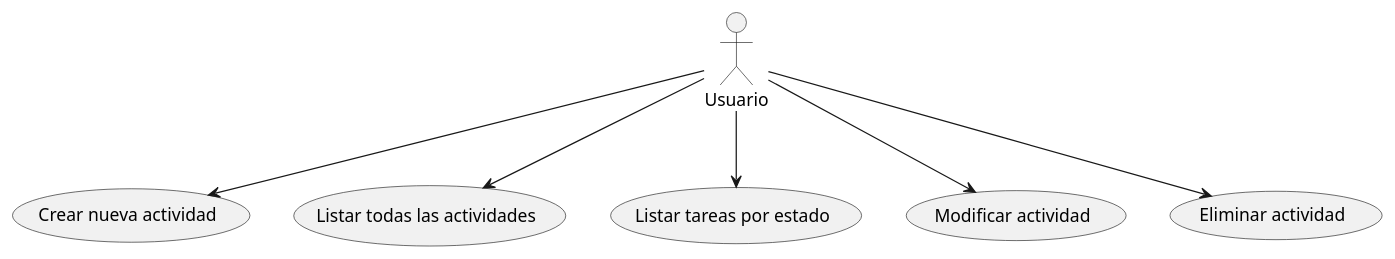
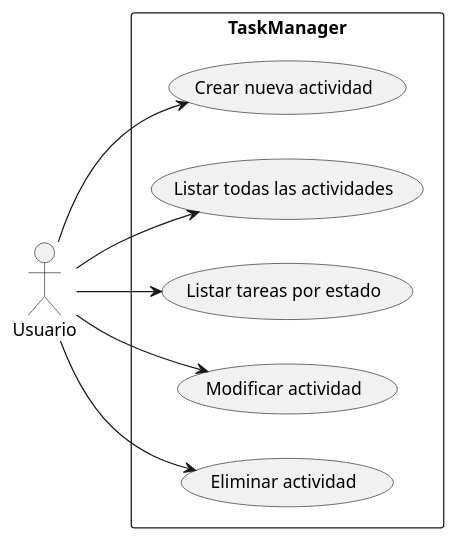
The first of 5 diagrams in Solucion.md (revilofe/2425_PRO_u4u5u6_TaskManager), drawn with PlantUML before and after one commit. The commit also changed other lines of this file, not shown here.

Commit message:
Solución a las preguntas

````diff
--- a/Solucion.md
+++ b/Solucion.md
@@ -24,18 +28,21 @@
 ```plantuml
 @startuml
-actor Usuario
+actor "Usuario" as U
 
-usecase "Crear nueva actividad" as UC1
-usecase "Listar todas las actividades" as UC2
-usecase "Listar tareas por estado" as UC3
-usecase "Modificar actividad" as UC4
-usecase "Eliminar actividad" as UC5
+left to right direction
+rectangle TaskManager {
+  usecase "Crear nueva actividad" as UC1
+  usecase "Listar todas las actividades" as UC2
+  usecase "Listar tareas por estado" as UC3
+  usecase "Modificar actividad" as UC4
+  usecase "Eliminar actividad" as UC5
+}
 
-Usuario --> UC1
-Usuario --> UC2
-Usuario --> UC3
-Usuario --> UC4
-Usuario --> UC5
+U --> UC1
+U --> UC2
+U --> UC3
+U --> UC4
+U --> UC5
 
 @enduml
 ```
````
